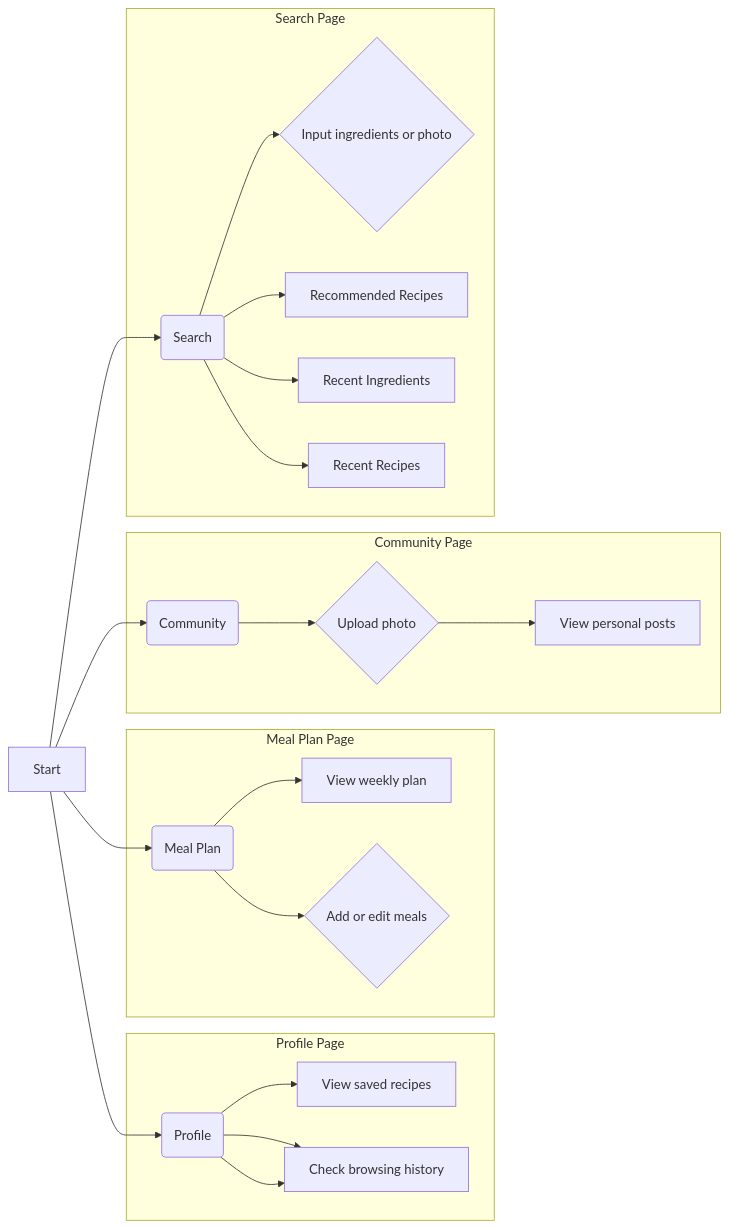
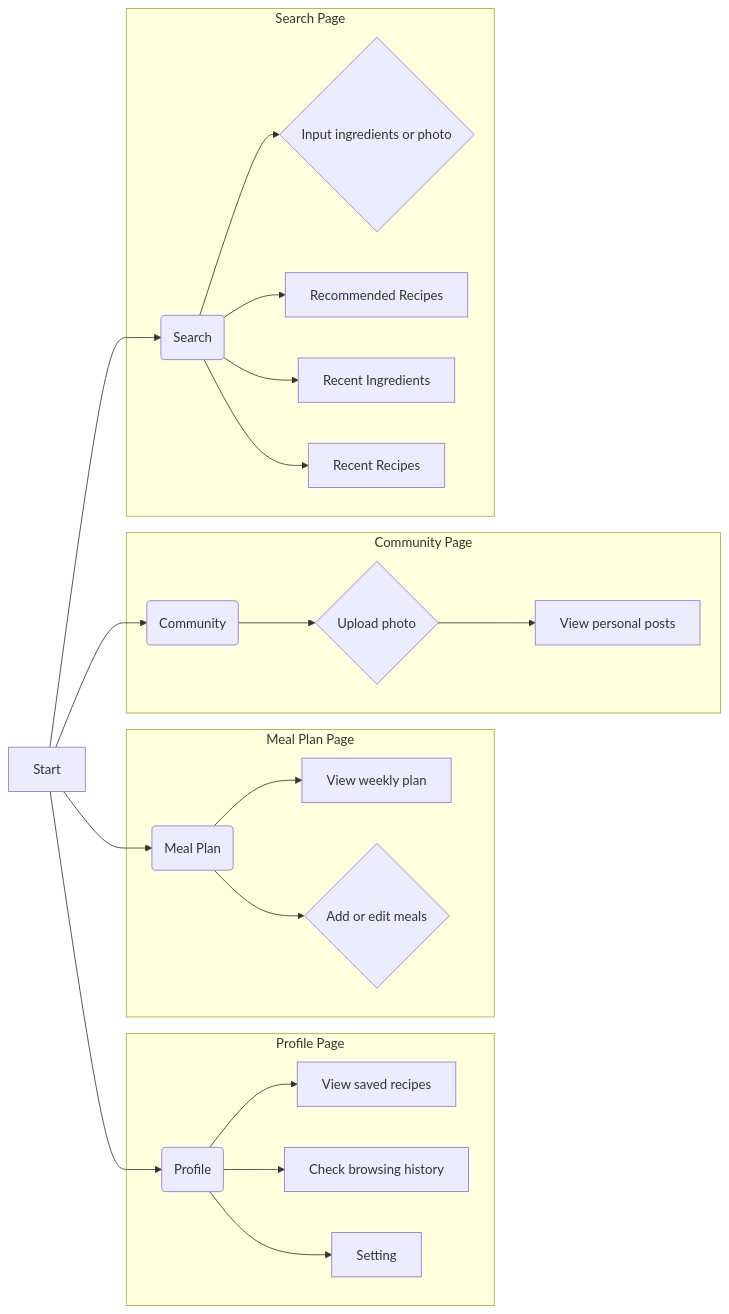
Before and after one commit to seven8301/iodraw-files: the diagram in all/未命名-2.md, drawn with Mermaid.

Commit message:
2025-04-09 19:26:10 update

````diff
--- a/all/未命名-2.md
+++ b/all/未命名-2.md
@@ -1,30 +1,30 @@
 ```mermaid
 graph LR
     A[Start] --> B(Search);
     A --> C(Community);
     A --> D(Meal Plan);
     A --> E(Profile);
 
     
     subgraph "Profile Page"
         E --> L[View saved recipes];
         E --> M[Check browsing history];
-        E --> M[Check browsing history];
+        E --> P[Setting];
 
         
     end
       subgraph "Meal Plan Page"
         D --> J[View weekly plan];
         D --> K{Add or edit meals};
     end
      subgraph "Community Page"
         C --> H{Upload photo};
         H --> I[View personal posts];
     end
     subgraph "Search Page"
         B --> F{Input ingredients or photo};
         B --> G[Recommended Recipes];
         B --> N[Recent Ingredients];
         B --> O[Recent Recipes];
     end
 ```
````
